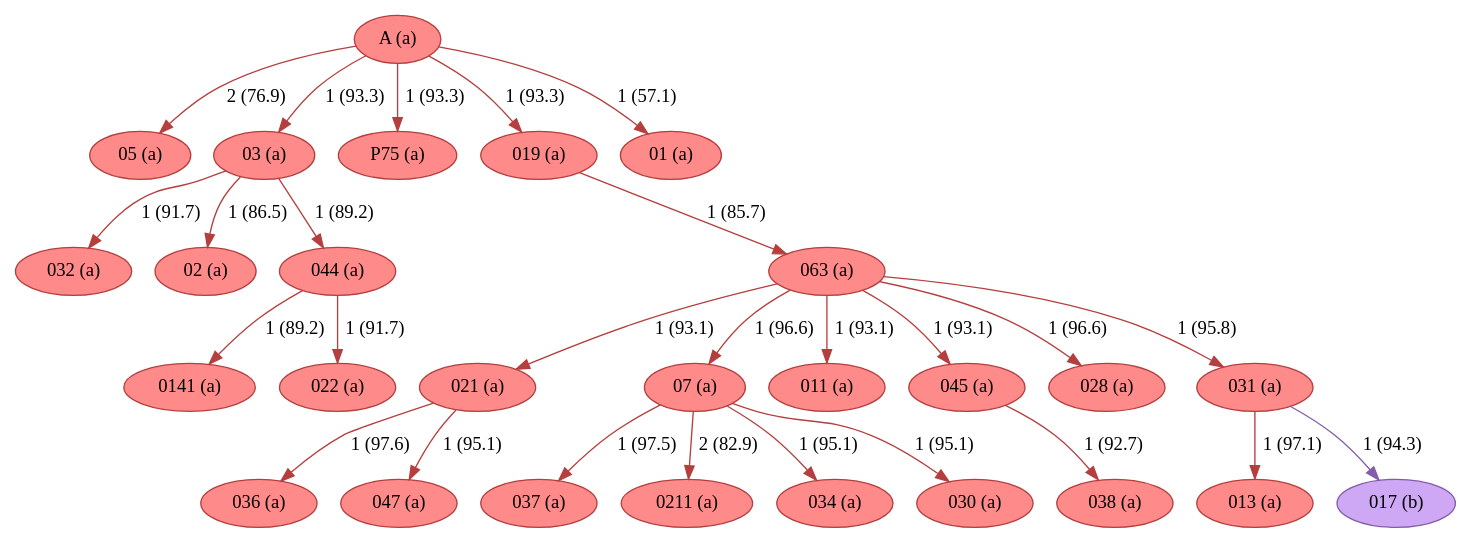
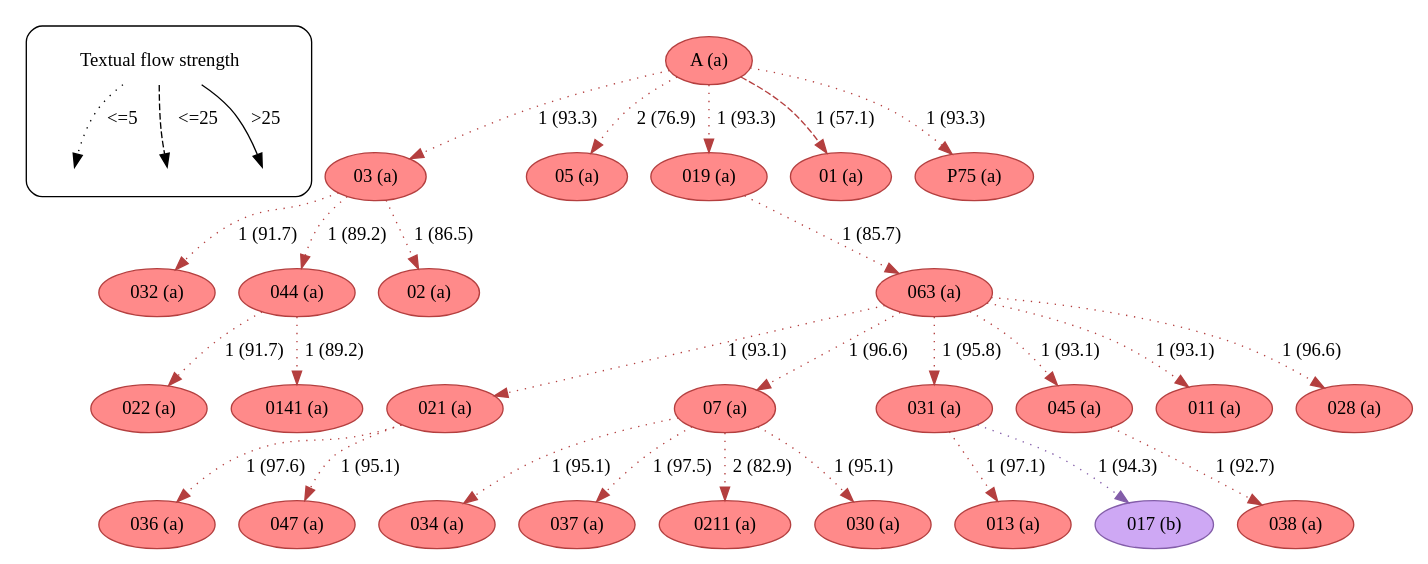
Before and after one commit to edmondac/CBGM: the diagram in example/c499/textual_flow_24_50-52_c499.dot, drawn with Graphviz. The commit also changed 167 other files, not shown here.

```diff
--- a/example/c499/textual_flow_24_50-52_c499.dot
+++ b/example/c499/textual_flow_24_50-52_c499.dot
@@ -1,55 +1,212 @@
-strict digraph G {
-"013 (a)" [fillcolor="#FF8A8A", color="#b43f3f", style=filled];
-"032 (a)" [fillcolor="#FF8A8A", color="#b43f3f", style=filled];
-"021 (a)" [fillcolor="#FF8A8A", color="#b43f3f", style=filled];
-"037 (a)" [fillcolor="#FF8A8A", color="#b43f3f", style=filled];
-"05 (a)" [fillcolor="#FF8A8A", color="#b43f3f", style=filled];
-"02 (a)" [fillcolor="#FF8A8A", color="#b43f3f", style=filled];
-"017 (b)" [fillcolor="#CEA8F4", color="#835da9", style=filled];
-"036 (a)" [fillcolor="#FF8A8A", color="#b43f3f", style=filled];
-"07 (a)" [fillcolor="#FF8A8A", color="#b43f3f", style=filled];
-"03 (a)" [fillcolor="#FF8A8A", color="#b43f3f", style=filled];
-"P75 (a)" [fillcolor="#FF8A8A", color="#b43f3f", style=filled];
-"038 (a)" [fillcolor="#FF8A8A", color="#b43f3f", style=filled];
-"A (a)" [fillcolor="#FF8A8A", color="#b43f3f", style=filled];
-"019 (a)" [fillcolor="#FF8A8A", color="#b43f3f", style=filled];
-"0141 (a)" [fillcolor="#FF8A8A", color="#b43f3f", style=filled];
-"0211 (a)" [fillcolor="#FF8A8A", color="#b43f3f", style=filled];
-"034 (a)" [fillcolor="#FF8A8A", color="#b43f3f", style=filled];
-"01 (a)" [fillcolor="#FF8A8A", color="#b43f3f", style=filled];
-"011 (a)" [fillcolor="#FF8A8A", color="#b43f3f", style=filled];
-"045 (a)" [fillcolor="#FF8A8A", color="#b43f3f", style=filled];
-"030 (a)" [fillcolor="#FF8A8A", color="#b43f3f", style=filled];
-"028 (a)" [fillcolor="#FF8A8A", color="#b43f3f", style=filled];
-"022 (a)" [fillcolor="#FF8A8A", color="#b43f3f", style=filled];
-"047 (a)" [fillcolor="#FF8A8A", color="#b43f3f", style=filled];
-"044 (a)" [fillcolor="#FF8A8A", color="#b43f3f", style=filled];
-"063 (a)" [fillcolor="#FF8A8A", color="#b43f3f", style=filled];
-"031 (a)" [fillcolor="#FF8A8A", color="#b43f3f", style=filled];
-"021 (a)" -> "036 (a)"  [color="#b43f3f", label="1 (97.6)"];
-"021 (a)" -> "047 (a)"  [color="#b43f3f", label="1 (95.1)"];
-"07 (a)" -> "030 (a)"  [color="#b43f3f", label="1 (95.1)"];
-"07 (a)" -> "034 (a)"  [color="#b43f3f", label="1 (95.1)"];
-"07 (a)" -> "0211 (a)"  [color="#b43f3f", label="2 (82.9)"];
-"07 (a)" -> "037 (a)"  [color="#b43f3f", label="1 (97.5)"];
-"03 (a)" -> "044 (a)"  [color="#b43f3f", label="1 (89.2)"];
-"03 (a)" -> "032 (a)"  [color="#b43f3f", label="1 (91.7)"];
-"03 (a)" -> "02 (a)"  [color="#b43f3f", label="1 (86.5)"];
-"A (a)" -> "03 (a)"  [color="#b43f3f", label="1 (93.3)"];
-"A (a)" -> "05 (a)"  [color="#b43f3f", label="2 (76.9)"];
-"A (a)" -> "01 (a)"  [color="#b43f3f", label="1 (57.1)"];
-"A (a)" -> "P75 (a)"  [color="#b43f3f", label="1 (93.3)"];
-"A (a)" -> "019 (a)"  [color="#b43f3f", label="1 (93.3)"];
-"019 (a)" -> "063 (a)"  [color="#b43f3f", label="1 (85.7)"];
-"045 (a)" -> "038 (a)"  [color="#b43f3f", label="1 (92.7)"];
-"044 (a)" -> "022 (a)"  [color="#b43f3f", label="1 (91.7)"];
-"044 (a)" -> "0141 (a)"  [color="#b43f3f", label="1 (89.2)"];
-"063 (a)" -> "045 (a)"  [color="#b43f3f", label="1 (93.1)"];
-"063 (a)" -> "028 (a)"  [color="#b43f3f", label="1 (96.6)"];
-"063 (a)" -> "011 (a)"  [color="#b43f3f", label="1 (93.1)"];
-"063 (a)" -> "07 (a)"  [color="#b43f3f", label="1 (96.6)"];
-"063 (a)" -> "021 (a)"  [color="#b43f3f", label="1 (93.1)"];
-"063 (a)" -> "031 (a)"  [color="#b43f3f", label="1 (95.8)"];
-"031 (a)" -> "013 (a)"  [color="#b43f3f", label="1 (97.1)"];
-"031 (a)" -> "017 (b)"  [color="#835da9", label="1 (94.3)"];
+strict digraph  {
+	node [label="\N"];
+	subgraph cluster_legend {
+		graph [style=rounded];
+		leg_s		 [label="Textual flow strength",
+			shape=plaintext];
+		leg_e1		 [fixedsize=True,
+			height=0.2,
+			label="",
+			style=invis];
+		leg_s -> leg_e1		 [label="<=5  ",
+			style=dotted];
+		leg_e2		 [fixedsize=True,
+			height=0.2,
+			label="",
+			style=invis];
+		leg_s -> leg_e2		 [label="  <=25",
+			style=dashed];
+		leg_e3		 [fixedsize=True,
+			height=0.2,
+			label="",
+			style=invis];
+		leg_s -> leg_e3		 [label=">25",
+			style=solid];
+	}
+	021	 [color="#b43f3f",
+		fillcolor="#FF8A8A",
+		label="021 (a)",
+		style=filled];
+	036	 [color="#b43f3f",
+		fillcolor="#FF8A8A",
+		label="036 (a)",
+		style=filled];
+	021 -> 036	 [color="#b43f3f",
+		label="1 (97.6)",
+		style=dotted];
+	047	 [color="#b43f3f",
+		fillcolor="#FF8A8A",
+		label="047 (a)",
+		style=filled];
+	021 -> 047	 [color="#b43f3f",
+		label="1 (95.1)",
+		style=dotted];
+	03	 [color="#b43f3f",
+		fillcolor="#FF8A8A",
+		label="03 (a)",
+		style=filled];
+	032	 [color="#b43f3f",
+		fillcolor="#FF8A8A",
+		label="032 (a)",
+		style=filled];
+	03 -> 032	 [color="#b43f3f",
+		label="1 (91.7)",
+		style=dotted];
+	044	 [color="#b43f3f",
+		fillcolor="#FF8A8A",
+		label="044 (a)",
+		style=filled];
+	03 -> 044	 [color="#b43f3f",
+		label="1 (89.2)",
+		style=dotted];
+	02	 [color="#b43f3f",
+		fillcolor="#FF8A8A",
+		label="02 (a)",
+		style=filled];
+	03 -> 02	 [color="#b43f3f",
+		label="1 (86.5)",
+		style=dotted];
+	07	 [color="#b43f3f",
+		fillcolor="#FF8A8A",
+		label="07 (a)",
+		style=filled];
+	034	 [color="#b43f3f",
+		fillcolor="#FF8A8A",
+		label="034 (a)",
+		style=filled];
+	07 -> 034	 [color="#b43f3f",
+		label="1 (95.1)",
+		style=dotted];
+	037	 [color="#b43f3f",
+		fillcolor="#FF8A8A",
+		label="037 (a)",
+		style=filled];
+	07 -> 037	 [color="#b43f3f",
+		label="1 (97.5)",
+		style=dotted];
+	0211	 [color="#b43f3f",
+		fillcolor="#FF8A8A",
+		label="0211 (a)",
+		style=filled];
+	07 -> 0211	 [color="#b43f3f",
+		label="2 (82.9)",
+		style=dotted];
+	030	 [color="#b43f3f",
+		fillcolor="#FF8A8A",
+		label="030 (a)",
+		style=filled];
+	07 -> 030	 [color="#b43f3f",
+		label="1 (95.1)",
+		style=dotted];
+	031	 [color="#b43f3f",
+		fillcolor="#FF8A8A",
+		label="031 (a)",
+		style=filled];
+	013	 [color="#b43f3f",
+		fillcolor="#FF8A8A",
+		label="013 (a)",
+		style=filled];
+	031 -> 013	 [color="#b43f3f",
+		label="1 (97.1)",
+		style=dotted];
+	017	 [color="#835da9",
+		fillcolor="#CEA8F4",
+		label="017 (b)",
+		style=filled];
+	031 -> 017	 [color="#835da9",
+		label="1 (94.3)",
+		style=dotted];
+	063	 [color="#b43f3f",
+		fillcolor="#FF8A8A",
+		label="063 (a)",
+		style=filled];
+	063 -> 021	 [color="#b43f3f",
+		label="1 (93.1)",
+		style=dotted];
+	063 -> 07	 [color="#b43f3f",
+		label="1 (96.6)",
+		style=dotted];
+	063 -> 031	 [color="#b43f3f",
+		label="1 (95.8)",
+		style=dotted];
+	045	 [color="#b43f3f",
+		fillcolor="#FF8A8A",
+		label="045 (a)",
+		style=filled];
+	063 -> 045	 [color="#b43f3f",
+		label="1 (93.1)",
+		style=dotted];
+	011	 [color="#b43f3f",
+		fillcolor="#FF8A8A",
+		label="011 (a)",
+		style=filled];
+	063 -> 011	 [color="#b43f3f",
+		label="1 (93.1)",
+		style=dotted];
+	028	 [color="#b43f3f",
+		fillcolor="#FF8A8A",
+		label="028 (a)",
+		style=filled];
+	063 -> 028	 [color="#b43f3f",
+		label="1 (96.6)",
+		style=dotted];
+	038	 [color="#b43f3f",
+		fillcolor="#FF8A8A",
+		label="038 (a)",
+		style=filled];
+	045 -> 038	 [color="#b43f3f",
+		label="1 (92.7)",
+		style=dotted];
+	A	 [color="#b43f3f",
+		fillcolor="#FF8A8A",
+		label="A (a)",
+		style=filled];
+	A -> 03	 [color="#b43f3f",
+		label="1 (93.3)",
+		style=dotted];
+	05	 [color="#b43f3f",
+		fillcolor="#FF8A8A",
+		label="05 (a)",
+		style=filled];
+	A -> 05	 [color="#b43f3f",
+		label="2 (76.9)",
+		style=dotted];
+	019	 [color="#b43f3f",
+		fillcolor="#FF8A8A",
+		label="019 (a)",
+		style=filled];
+	A -> 019	 [color="#b43f3f",
+		label="1 (93.3)",
+		style=dotted];
+	01	 [color="#b43f3f",
+		fillcolor="#FF8A8A",
+		label="01 (a)",
+		style=filled];
+	A -> 01	 [color="#b43f3f",
+		label="1 (57.1)",
+		style=dashed];
+	P75	 [color="#b43f3f",
+		fillcolor="#FF8A8A",
+		label="P75 (a)",
+		style=filled];
+	A -> P75	 [color="#b43f3f",
+		label="1 (93.3)",
+		style=dotted];
+	019 -> 063	 [color="#b43f3f",
+		label="1 (85.7)",
+		style=dotted];
+	022	 [color="#b43f3f",
+		fillcolor="#FF8A8A",
+		label="022 (a)",
+		style=filled];
+	044 -> 022	 [color="#b43f3f",
+		label="1 (91.7)",
+		style=dotted];
+	0141	 [color="#b43f3f",
+		fillcolor="#FF8A8A",
+		label="0141 (a)",
+		style=filled];
+	044 -> 0141	 [color="#b43f3f",
+		label="1 (89.2)",
+		style=dotted];
 }
```
